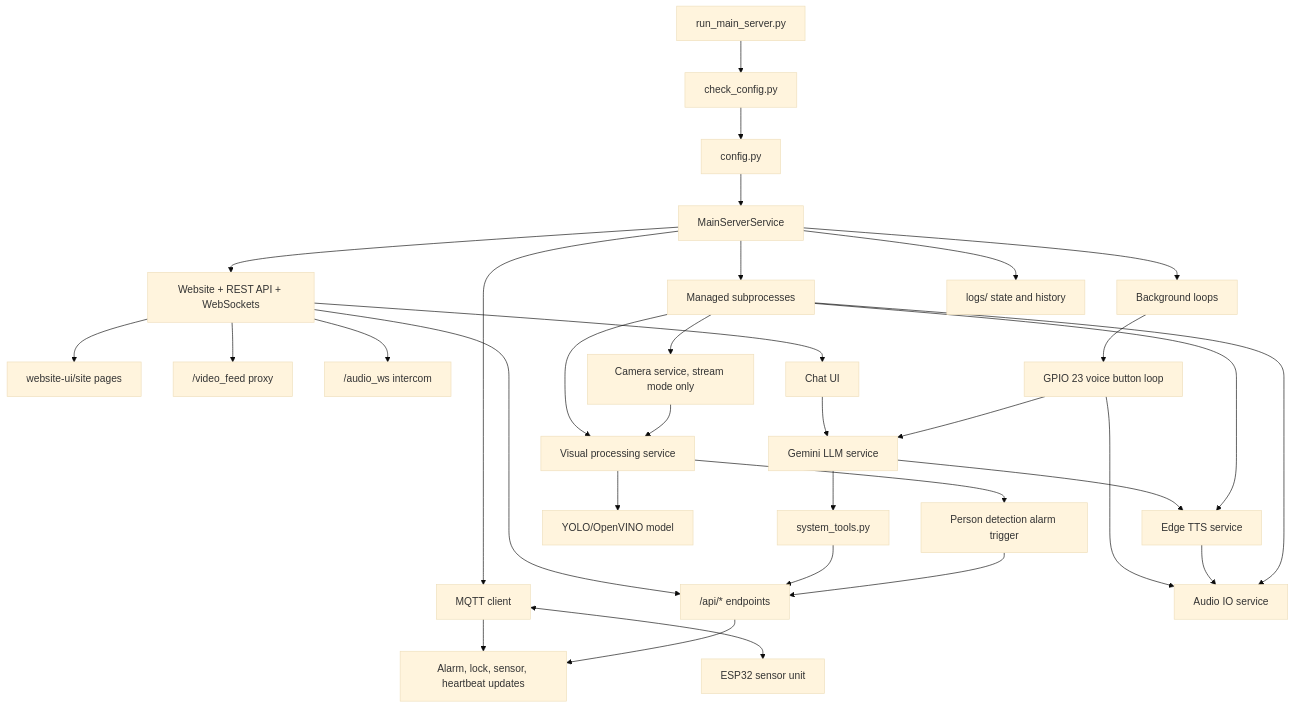
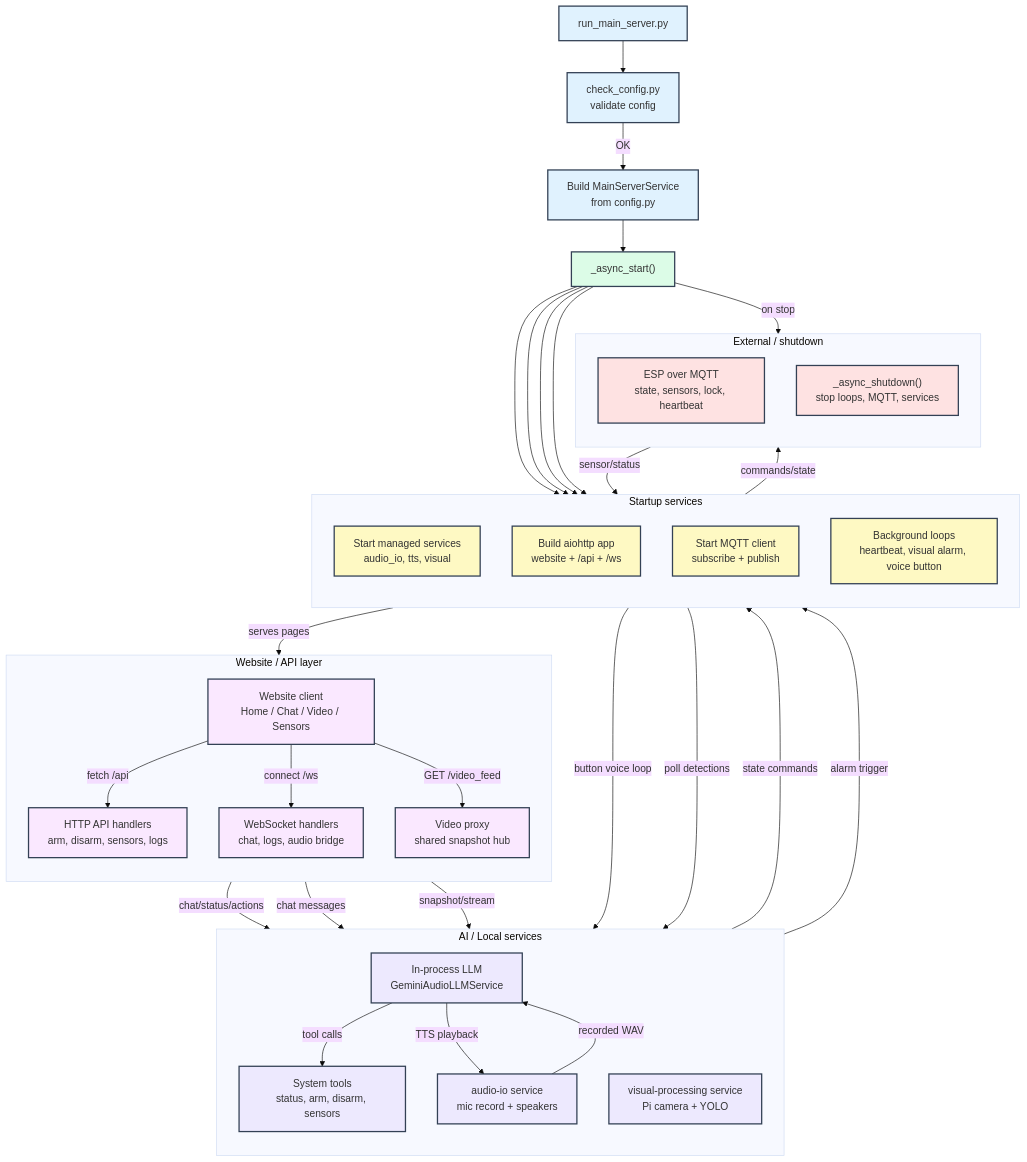
One commit to Itk77/project-magen changed the diagram in README.md. Above: the diagram before and after it, drawn with Mermaid (base theme).

Commit message:
Use project flowchart in README

````diff
--- a/README.md
+++ b/README.md
@@ -65,39 +65,88 @@
 ```mermaid
 flowchart TD
-    start["run_main_server.py"] --> check["check_config.py"]
-    check --> config["config.py"]
-    config --> main["MainServerService"]
+    %% Startup flow
+    run["run_main_server.py"]
+    validate["check_config.py<br/>validate config"]
+    build["Build MainServerService<br/>from config.py"]
+    start["_async_start()"]
 
-    main --> web["Website + REST API + WebSockets"]
-    main --> mqtt["MQTT client"]
-    main --> services["Managed subprocesses"]
-    main --> loops["Background loops"]
-    main --> state["logs/ state and history"]
+    run --> validate
+    validate -->|OK| build
+    build --> start
 
-    web --> pages["website-ui/site pages"]
-    web --> api["/api/* endpoints"]
-    web --> video["/video_feed proxy"]
-    web --> audio_ws["/audio_ws intercom"]
-    web --> chat["Chat UI"]
+    %% Startup services
+    subgraph startupServices["Startup services"]
+        direction TB
+        managed["Start managed services<br/>audio_io, tts, visual"]
+        web["Build aiohttp app<br/>website + /api + /ws"]
+        mqtt["Start MQTT client<br/>subscribe + publish"]
+        loops["Background loops<br/>heartbeat, visual alarm, voice button"]
+    end
 
-    mqtt <--> esp["ESP32 sensor unit"]
-    mqtt --> alarm_state["Alarm, lock, sensor, heartbeat updates"]
-    api --> alarm_state
-    chat --> llm["Gemini LLM service"]
-    loops --> voice["GPIO 23 voice button loop"]
-    voice --> audio_io["Audio IO service"]
-    voice --> llm
-    llm --> tools["system_tools.py"]
-    tools --> api
-    llm --> tts["Edge TTS service"]
-    tts --> audio_io
+    start --> managed
+    start --> web
+    start --> mqtt
+    start --> loops
 
-    services --> audio_io
-    services --> tts
-    services --> visual["Visual processing service"]
-    services --> camera["Camera service, stream mode only"]
-    visual --> yolo["YOLO/OpenVINO model"]
-    visual --> visual_alarm["Person detection alarm trigger"]
-    visual_alarm --> api
-    camera --> visual
+    %% Website layer
+    subgraph websiteLayer["Website / API layer"]
+        direction TB
+        website["Website client<br/>Home / Chat / Video / Sensors"]
+        api["HTTP API handlers<br/>arm, disarm, sensors, logs"]
+        ws["WebSocket handlers<br/>chat, logs, audio bridge"]
+        video["Video proxy<br/>shared snapshot hub"]
+    end
+
+    web -->|serves pages| website
+    website -->|fetch /api| api
+    website -->|connect /ws| ws
+    website -->|GET /video_feed| video
+
+    %% AI and local services
+    subgraph aiServices["AI / Local services"]
+        direction TB
+        llm["In-process LLM<br/>GeminiAudioLLMService"]
+        tools["System tools<br/>status, arm, disarm, sensors"]
+        audio["audio-io service<br/>mic record + speakers"]
+        visual["visual-processing service<br/>Pi camera + YOLO"]
+    end
+
+    api -->|chat/status/actions| llm
+    ws -->|chat messages| llm
+    llm -->|tool calls| tools
+    tools -->|state commands| mqtt
+
+    loops -->|button voice loop| audio
+    audio -->|recorded WAV| llm
+    llm -->|TTS playback| audio
+
+    loops -->|poll detections| visual
+    video -->|snapshot/stream| visual
+    visual -->|alarm trigger| mqtt
+
+    %% External device and shutdown
+    subgraph external["External / shutdown"]
+        direction TB
+        esp["ESP over MQTT<br/>state, sensors, lock, heartbeat"]
+        shutdown["_async_shutdown()<br/>stop loops, MQTT, services"]
+    end
+
+    mqtt -->|commands/state| esp
+    esp -->|sensor/status| mqtt
+    start -->|on stop| shutdown
+
+    %% Styling
+    classDef startup fill:#e0f2fe,stroke:#334155,stroke-width:2px;
+    classDef active fill:#dcfce7,stroke:#334155,stroke-width:2px;
+    classDef services fill:#fef9c3,stroke:#334155,stroke-width:2px;
+    classDef webLayer fill:#fae8ff,stroke:#334155,stroke-width:2px;
+    classDef aiLayer fill:#ede9fe,stroke:#334155,stroke-width:2px;
+    classDef externalLayer fill:#fee2e2,stroke:#334155,stroke-width:2px;
+
+    class run,validate,build startup;
+    class start active;
+    class managed,web,mqtt,loops services;
+    class website,api,ws,video webLayer;
+    class llm,tools,audio,visual aiLayer;
+    class esp,shutdown externalLayer;
 ```
````
